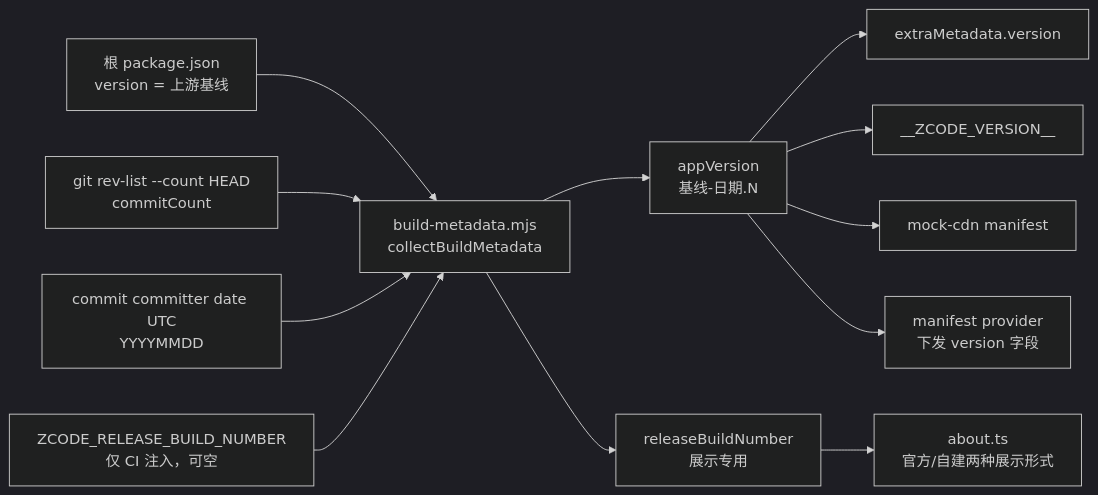
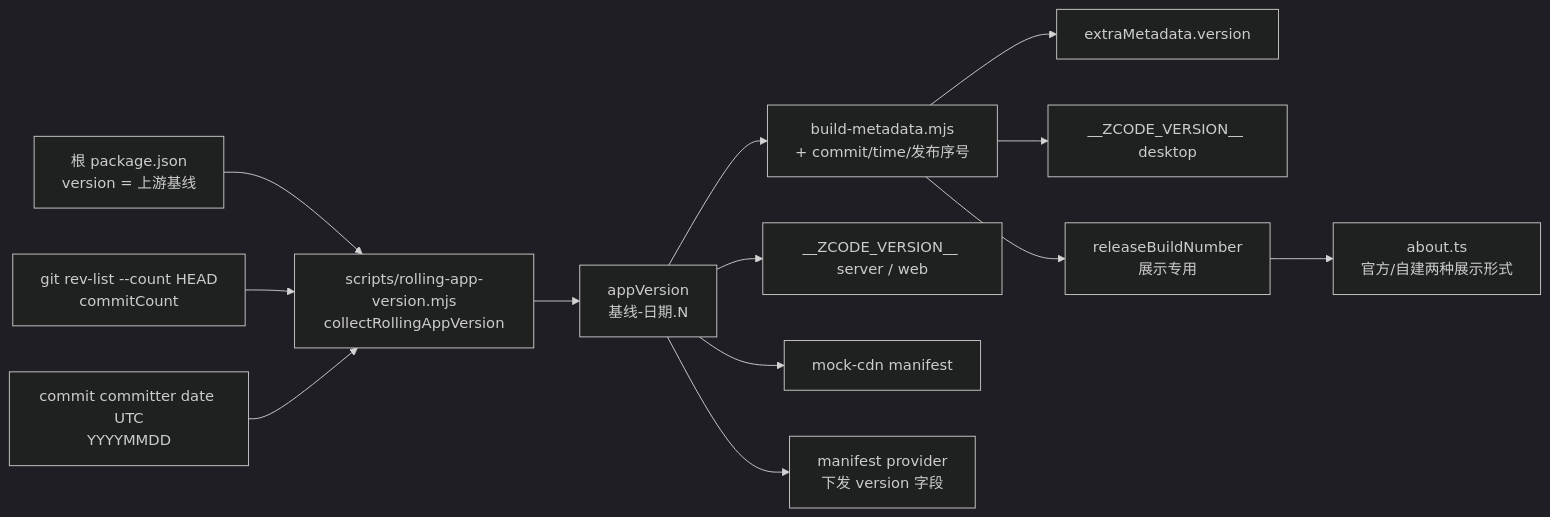
One commit to No-ni/ZCodium changed the diagram in .agents/specs/rolling-update.md. Above: the diagram before and after it, drawn with Mermaid (dark theme). The commit also changed other lines of this file and 9 other files, not shown here.

First line of the commit message:
refactor: 版本派生下沉 scripts/rolling-app-version.mjs，server/web 注入点同源

````diff
--- a/.agents/specs/rolling-update.md
+++ b/.agents/specs/rolling-update.md
@@ -124,14 +134,15 @@
 ```mermaid
 flowchart LR
     A["根 package.json<br/>version = 上游基线"] --> D
     B["git rev-list --count HEAD<br/>commitCount"] --> D
     C["commit committer date UTC<br/>YYYYMMDD"] --> D
-    Z["ZCODE_RELEASE_BUILD_NUMBER<br/>仅 CI 注入，可空"] --> D
-    D["build-metadata.mjs<br/>collectBuildMetadata"] --> E["appVersion<br/>基线-日期.N"]
-    D --> Y["releaseBuildNumber<br/>展示专用"]
-    E --> F["extraMetadata.version"]
-    E --> G["__ZCODE_VERSION__"]
-    E --> H["mock-cdn manifest"]
+    D["scripts/rolling-app-version.mjs<br/>collectRollingAppVersion"] --> E["appVersion<br/>基线-日期.N"]
+    E --> F["build-metadata.mjs<br/>+ commit/time/发布序号"]
+    F --> G["extraMetadata.version"]
+    F --> H["__ZCODE_VERSION__ desktop"]
+    E --> S["__ZCODE_VERSION__ server / web"]
+    E --> M["mock-cdn manifest"]
     E --> I["manifest provider<br/>下发 version 字段"]
+    F --> Y["releaseBuildNumber<br/>展示专用"]
     Y --> J["about.ts<br/>官方/自建两种展示形式"]
 ```
````
